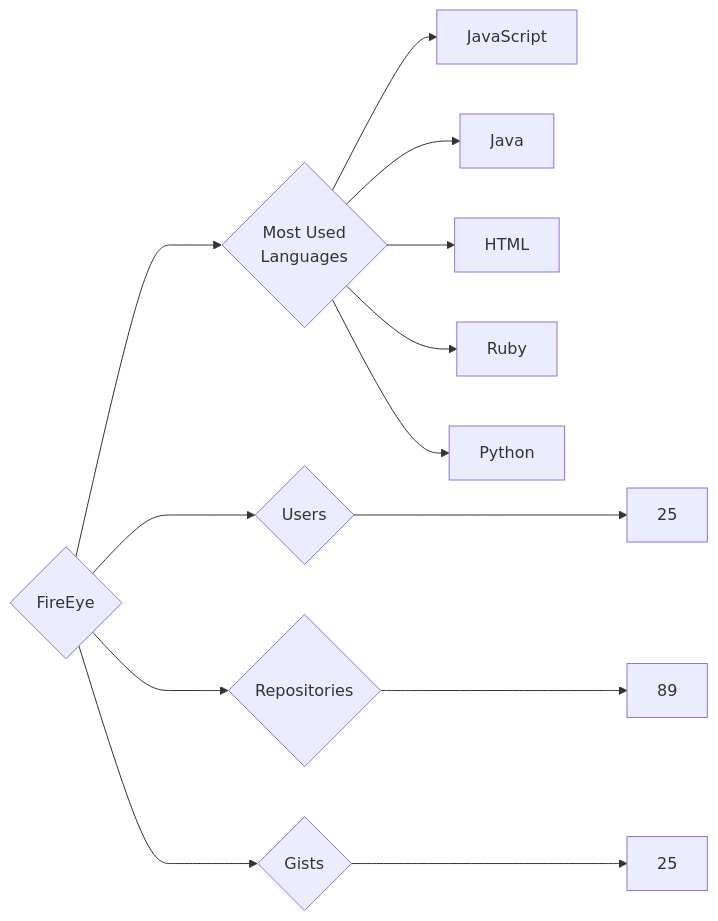
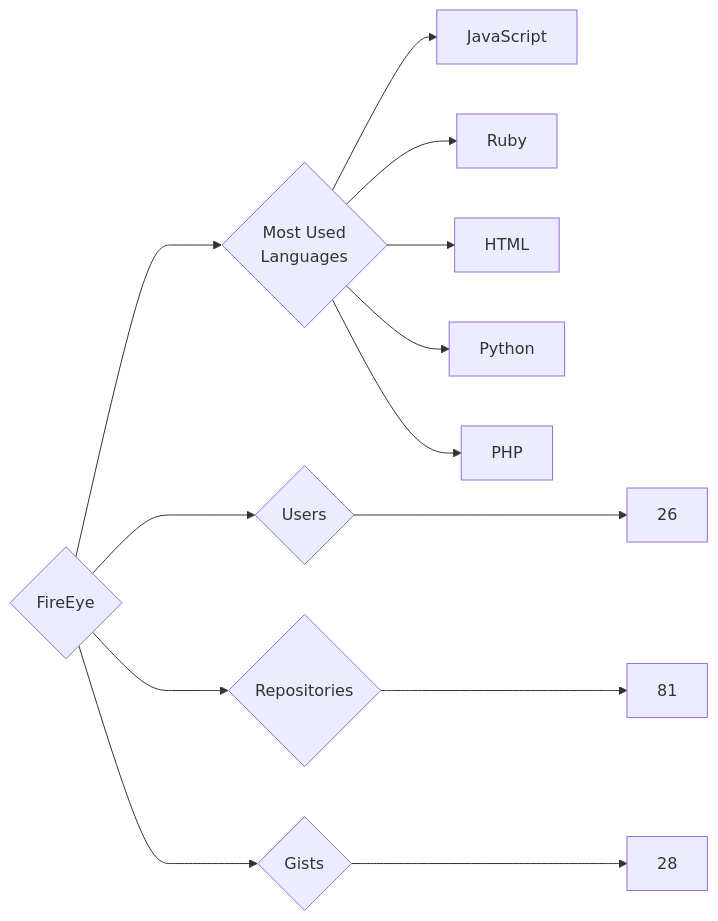
The diagram in targets/FireEye/README.md (trickest/insiders), drawn with Mermaid before and after one commit. The commit also changed 888 other files, not shown here.

````diff
--- a/targets/FireEye/README.md
+++ b/targets/FireEye/README.md
@@ -3,13 +3,13 @@
 ```mermaid
 graph LR
 COMPANY_NAME{FireEye}
-COMPANY_NAME ---> U{Users} ---> UN[25]
-COMPANY_NAME ---> R{Repositories} ---> RN[89]
-COMPANY_NAME ---> G{Gists} ---> GN[25]
+COMPANY_NAME ---> U{Users} ---> UN[26]
+COMPANY_NAME ---> R{Repositories} ---> RN[81]
+COMPANY_NAME ---> G{Gists} ---> GN[28]
 COMPANY_NAME ---> ML{Most Used<br>Languages}
 ML --> JavaScript[JavaScript]
-ML --> Java[Java]
+ML --> Ruby[Ruby]
 ML --> HTML[HTML]
-ML --> Ruby[Ruby]
 ML --> Python[Python]
+ML --> PHP[PHP]
 ```
````
